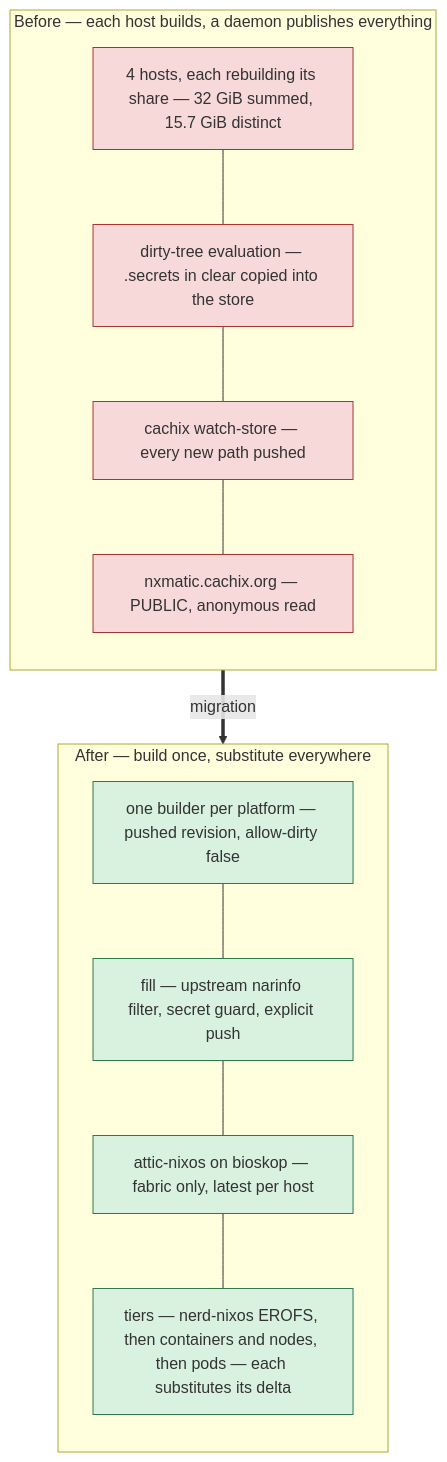
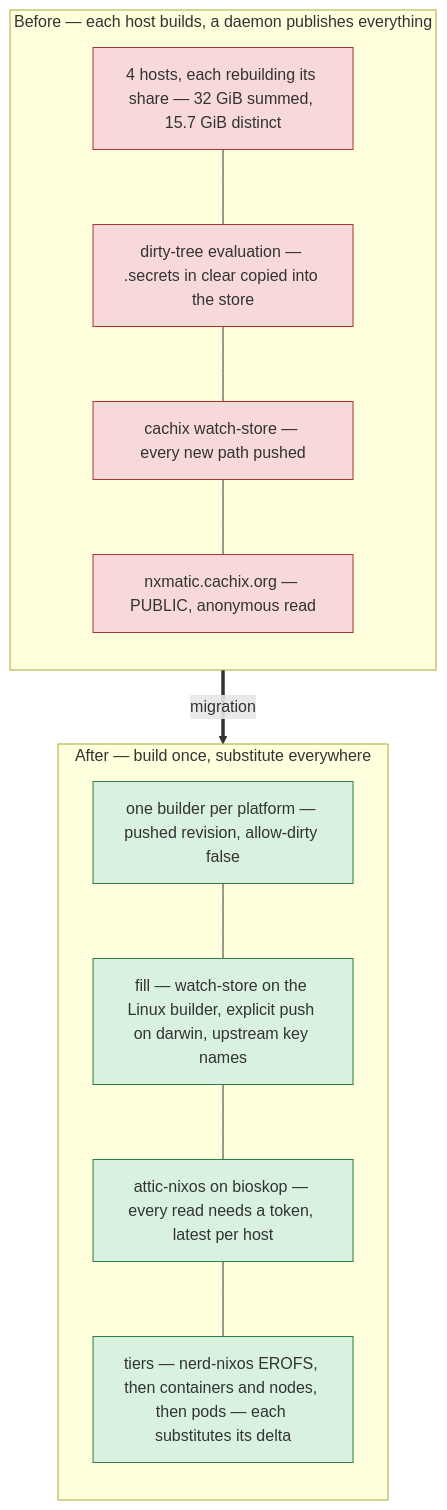
The seventh of 8 diagrams in docs/architecture/atlas/fabric-control-plane.adoc (seedmatic/rke2lab), drawn with Mermaid before and after one commit. The commit also changed other lines of this file and 2 other files, not shown here.

First line of the commit message:
docs(atlas): the cache fills by watch-store behind authenticated reads; c1 and c2 done

```diff
--- a/docs/architecture/atlas/fabric-control-plane.adoc
+++ b/docs/architecture/atlas/fabric-control-plane.adoc
@@ -452,24 +452,24 @@
 [mermaid]
 ....
 flowchart TB
   subgraph BEFORE["Before — each host builds, a daemon publishes everything"]
     direction TB
     b1["4 hosts, each rebuilding its share — 32 GiB summed, 15.7 GiB distinct"]:::ko
     b2["dirty-tree evaluation — .secrets in clear copied into the store"]:::ko
     b3["cachix watch-store — every new path pushed"]:::ko
     b4["nxmatic.cachix.org — PUBLIC, anonymous read"]:::ko
     b1 --- b2 --- b3 --- b4
   end
   subgraph AFTER["After — build once, substitute everywhere"]
     direction TB
     a1["one builder per platform — pushed revision, allow-dirty false"]:::ok
-    a2["fill — upstream narinfo filter, secret guard, explicit push"]:::ok
-    a3["attic-nixos on bioskop — fabric only, latest per host"]:::ok
+    a2["fill — watch-store on the Linux builder, explicit push on darwin, upstream key names"]:::ok
+    a3["attic-nixos on bioskop — every read needs a token, latest per host"]:::ok
     a4["tiers — nerd-nixos EROFS, then containers and nodes, then pods — each substitutes its delta"]:::ok
     a1 --- a2 --- a3 --- a4
   end
   BEFORE ==>|"migration"| AFTER
 
   classDef ko fill:#f7d9d9,stroke:#a33;
   classDef ok fill:#d9f2e0,stroke:#2d7a4b;
 ....
```
